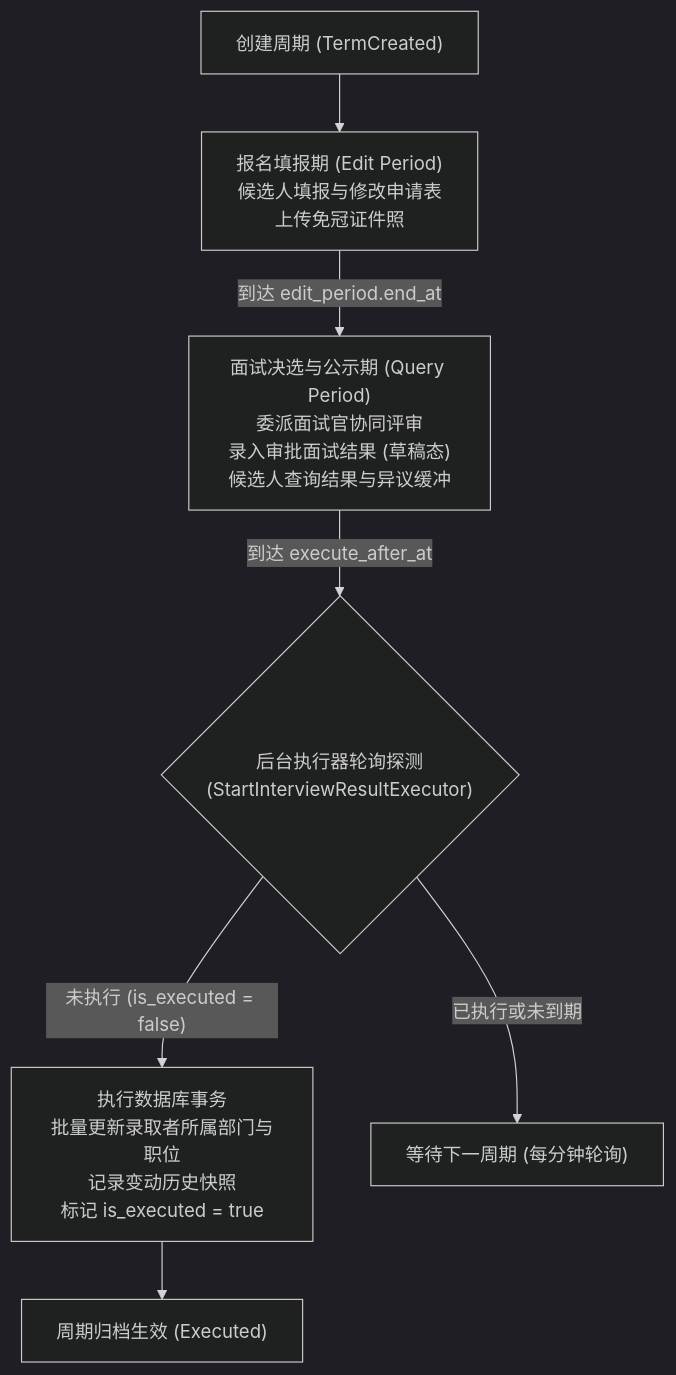
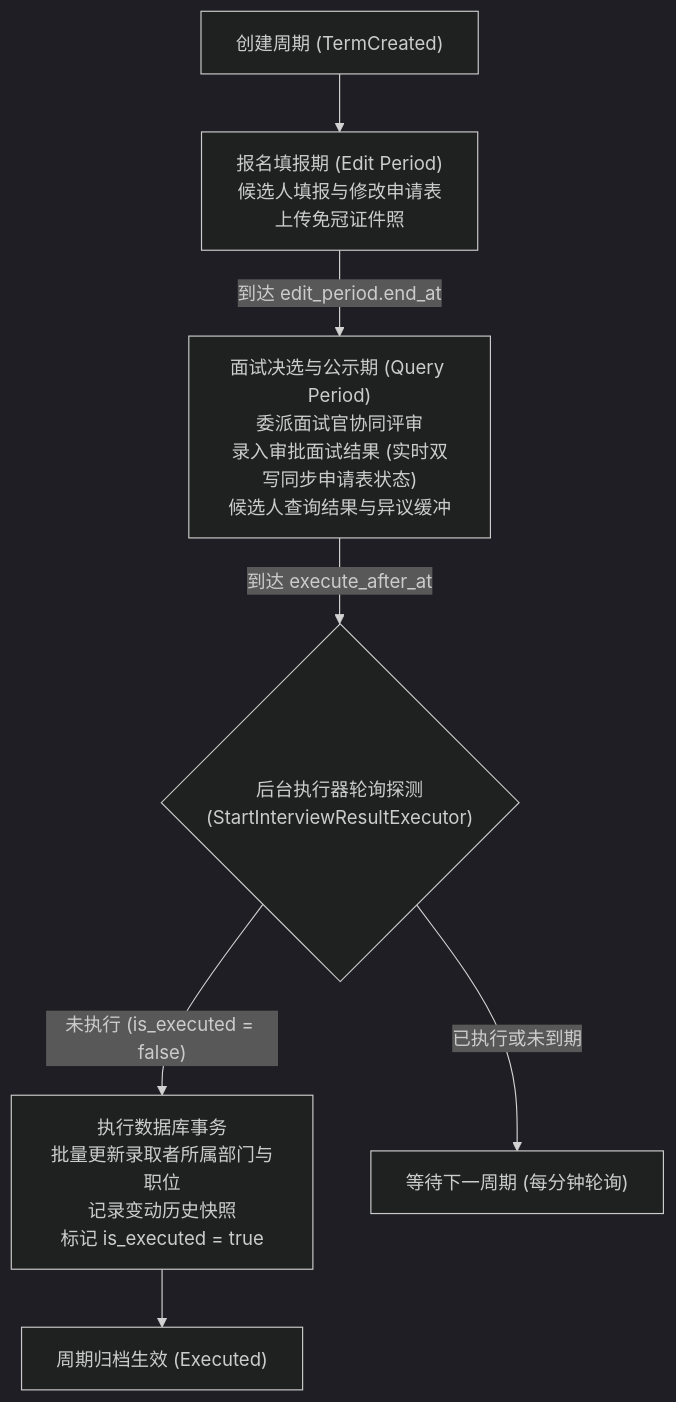
One commit to suse-edu-cn/SUSE-OAA-BACKEND changed the first of 2 diagrams in README.md. Above: the diagram before and after it, drawn with Mermaid (dark theme). The commit also changed other lines of this file and 19 other files, not shown here.

````diff
--- a/README.md
+++ b/README.md
@@ -73,9 +74,9 @@
 ```mermaid
 flowchart TD
     Init["创建周期 (TermCreated)"] --> Edit["报名填报期 (Edit Period)<br/>候选人填报与修改申请表<br/>上传免冠证件照"]
-    Edit -->|"到达 edit_period.end_at"| Query["面试决选与公示期 (Query Period)<br/>委派面试官协同评审<br/>录入审批面试结果 (草稿态)<br/>候选人查询结果与异议缓冲"]
+    Edit -->|"到达 edit_period.end_at"| Query["面试决选与公示期 (Query Period)<br/>委派面试官协同评审<br/>录入审批面试结果 (实时双写同步申请表状态)<br/>候选人查询结果与异议缓冲"]
     Query -->|"到达 execute_after_at"| Executor{"后台执行器轮询探测<br/>(StartInterviewResultExecutor)"}
     Executor -->|"未执行 (is_executed = false)"| Trans["执行数据库事务<br/>批量更新录取者所属部门与职位<br/>记录变动历史快照<br/>标记 is_executed = true"]
     Trans --> Done["周期归档生效 (Executed)"]
     Executor -->|"已执行或未到期"| Sleep["等待下一周期 (每分钟轮询)"]
 ```
````
